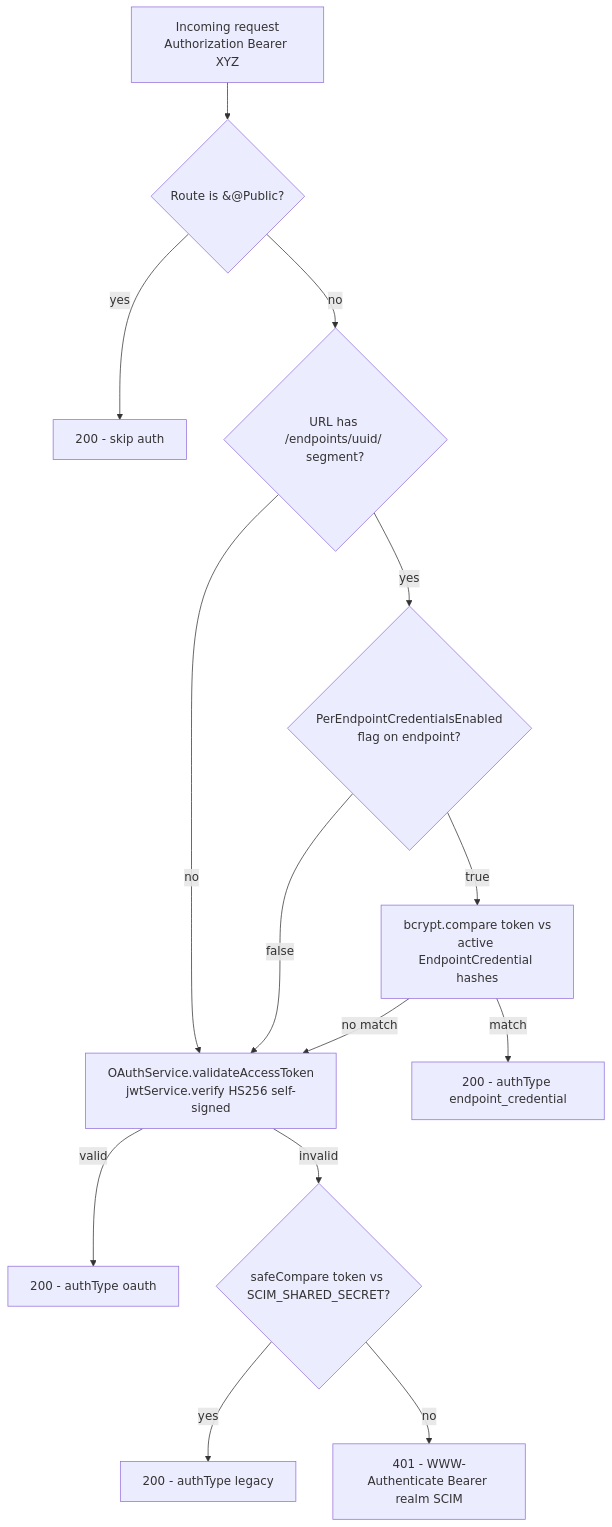
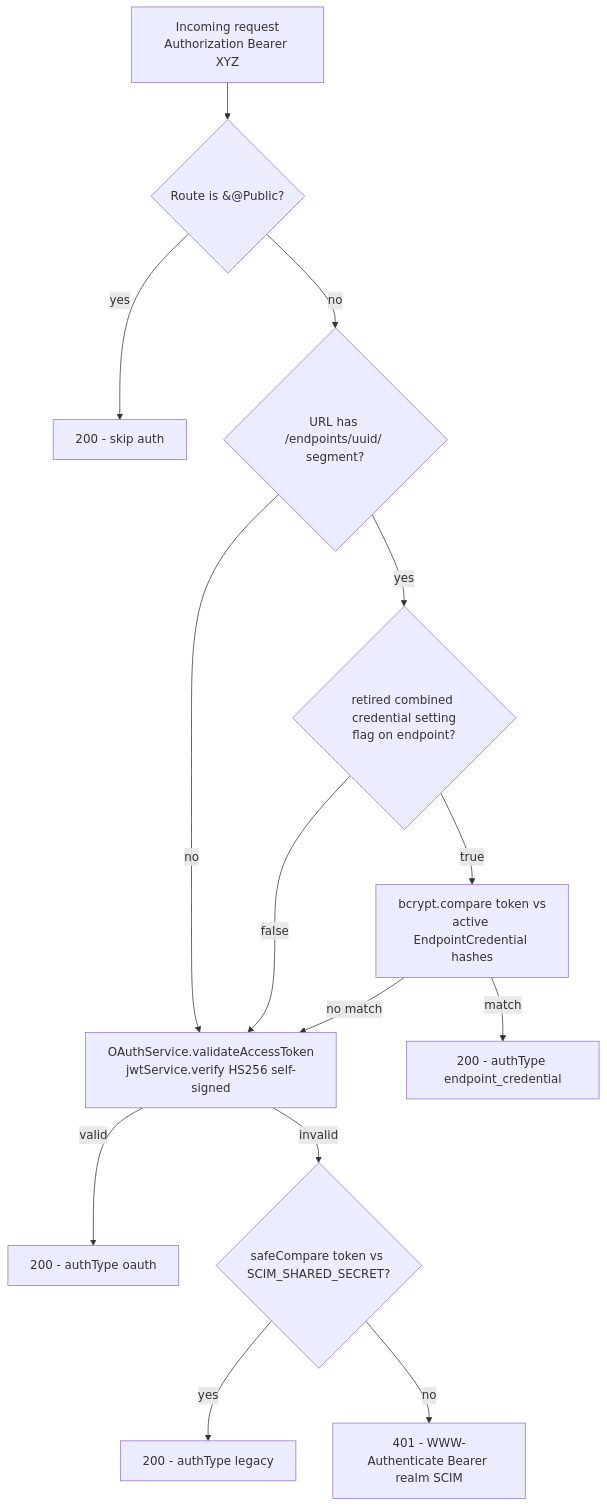
The sixth of 14 diagrams in docs/auth/AUTHENTICATION_ARCHITECTURE.md (pranems/SCIMServer), drawn with Mermaid before and after one commit. The commit also changed other lines of this file and 113 other files, not shown here.

Commit message:
feat: retire combined endpoint credential setting

````diff
--- a/docs/auth/AUTHENTICATION_ARCHITECTURE.md
+++ b/docs/auth/AUTHENTICATION_ARCHITECTURE.md
@@ -299,16 +299,16 @@
 ```mermaid
 flowchart TD
     A[Incoming request<br/>Authorization Bearer XYZ] --> B{Route is &#64;Public?}
     B -- yes --> Z[200 - skip auth]
     B -- no --> C{URL has /endpoints/uuid/ segment?}
-    C -- yes --> D{PerEndpointCredentialsEnabled<br/>flag on endpoint?}
+    C -- yes --> D{retired combined credential setting<br/>flag on endpoint?}
     C -- no --> F
     D -- true --> E[bcrypt.compare token vs<br/>active EndpointCredential hashes]
     D -- false --> F
     E -- match --> OK1[200 - authType endpoint_credential]
     E -- no match --> F
     F[OAuthService.validateAccessToken<br/>jwtService.verify HS256 self-signed] -- valid --> OK2[200 - authType oauth]
     F -- invalid --> G{safeCompare token vs SCIM_SHARED_SECRET?}
     G -- yes --> OK3[200 - authType legacy]
     G -- no --> FAIL[401 - WWW-Authenticate Bearer realm SCIM]
 ```
````
